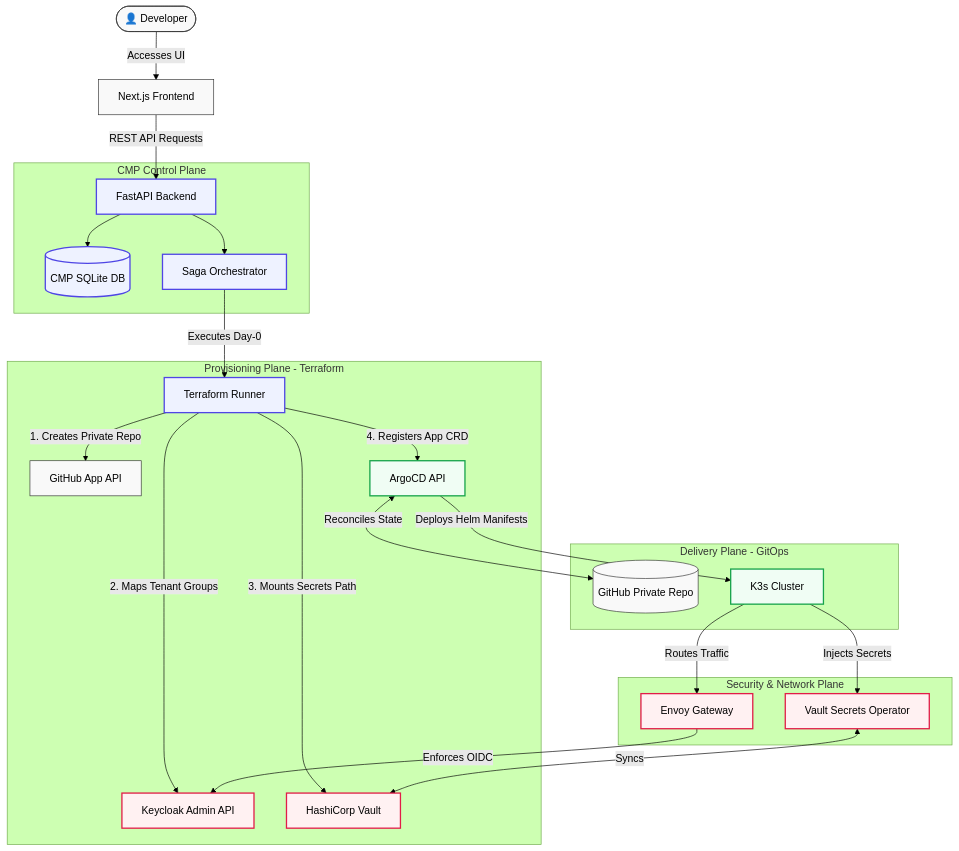
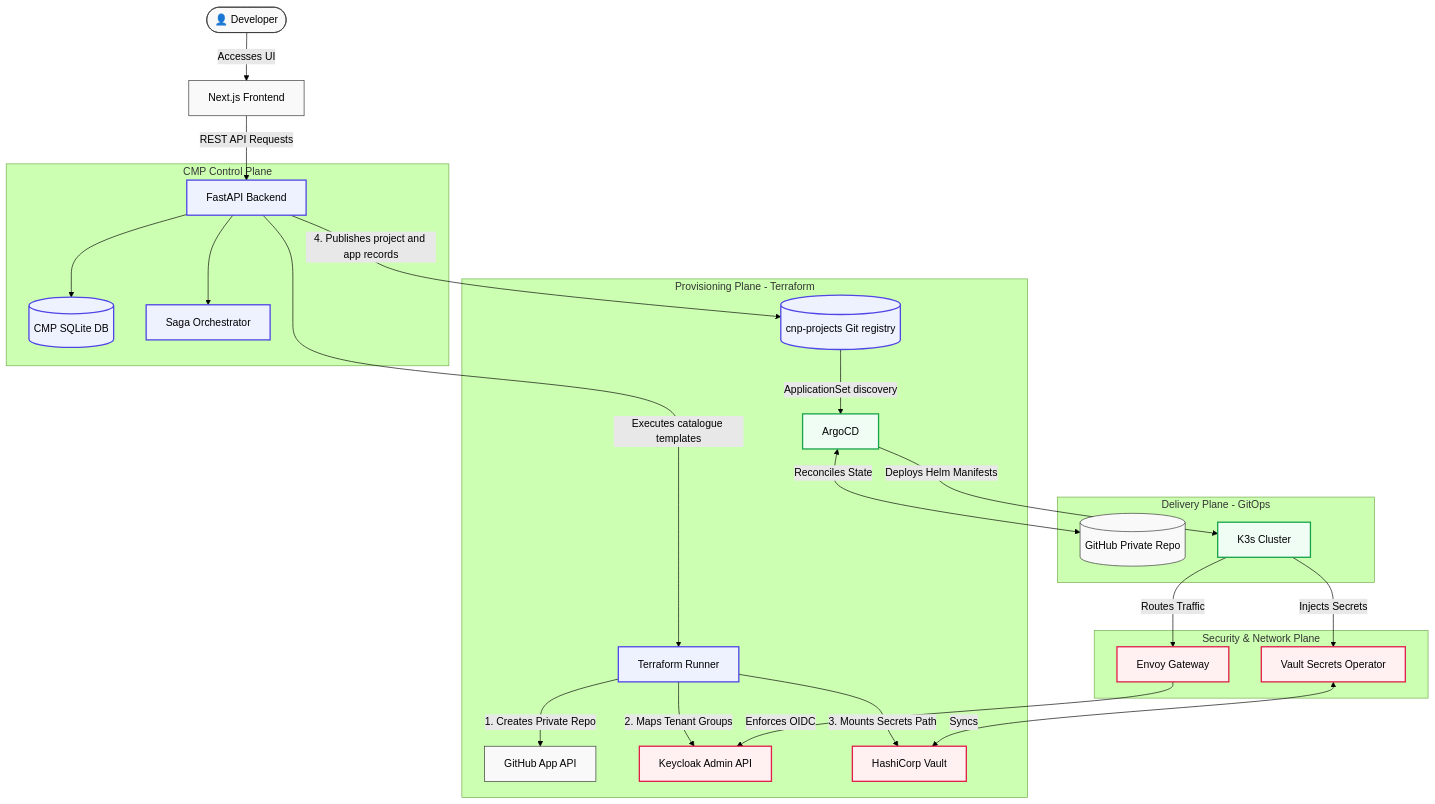
Before and after one commit to 3-Istor/cnp-docs: the diagram in docs/index.md, drawn with Mermaid (forest theme). The commit also changed other lines of this file and 3 other files, not shown here.

````diff
--- a/docs/index.md
+++ b/docs/index.md
@@ -97,45 +99,46 @@
 ```mermaid
 flowchart TD
     %% --- Actors & Entrypoints ---
     Dev([👤 Developer]) -->|Accesses UI| FE[Next.js Frontend]
     FE -->|REST API Requests| BE[FastAPI Backend]
 
     %% --- Control Plane ---
     subgraph Control Plane [CMP Control Plane]
         BE --> DB[(CMP SQLite DB)]
         BE --> SAGA[Saga Orchestrator]
     end
 
     %% --- Provisioning Plane ---
     subgraph Provisioning Plane [Provisioning Plane - Terraform]
-        SAGA -->|Executes Day-0| TF[Terraform Runner]
+        BE -->|Executes catalogue templates| TF[Terraform Runner]
         TF -->|1. Creates Private Repo| GH_App[GitHub App API]
         TF -->|2. Maps Tenant Groups| KC[Keycloak Admin API]
         TF -->|3. Mounts Secrets Path| Vault[HashiCorp Vault]
-        TF -->|4. Registers App CRD| Argo[ArgoCD API]
+        BE -->|4. Publishes project and app records| Registry[(cnp-projects Git registry)]
+        Registry -->|ApplicationSet discovery| Argo[ArgoCD]
     end
 
     %% --- Delivery Plane ---
     subgraph Delivery Plane [Delivery Plane - GitOps]
         Argo <-->|Reconciles State| GH_Repo[(GitHub Private Repo)]
         Argo -->|Deploys Helm Manifests| K3s[K3s Cluster]
     end
 
     %% --- Security & Networking ---
     subgraph Security Plane [Security & Network Plane]
         K3s -->|Routes Traffic| Envoy[Envoy Gateway]
         Envoy -->|Enforces OIDC| KC
         K3s -->|Injects Secrets| VSO[Vault Secrets Operator]
         VSO <-->|Syncs| Vault
     end
 
     %% --- Style Classes ---
     classDef default fill:#f9f9f9,stroke:#333,stroke-width:1px;
     classDef control fill:#eef2ff,stroke:#4f46e5,stroke-width:2px;
     classDef delivery fill:#f0fdf4,stroke:#16a34a,stroke-width:2px;
     classDef security fill:#fff1f2,stroke:#e11d48,stroke-width:2px;
     
-    class BE,DB,SAGA,TF control;
+    class BE,DB,SAGA,TF,Registry control;
     class Argo,K3s delivery;
     class KC,Vault,Envoy,VSO security;
 ```
````
